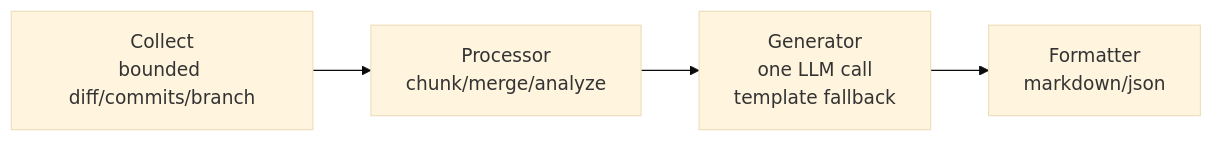
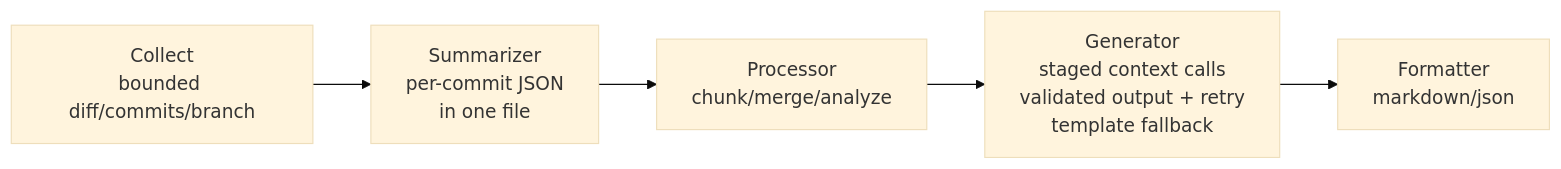
Before and after one commit to nisrulz/prlogue: the diagram in AGENTS.md, drawn with Mermaid (base theme). The commit also changed other lines of this file and 4 other files, not shown here.

Commit message:
docs: update guides for commit summarization and staged context

````diff
--- a/AGENTS.md
+++ b/AGENTS.md
@@ -10,6 +10,7 @@
 ```mermaid
 graph LR
-  A[Collect<br/>bounded diff/commits/branch] --> B[Processor<br/>chunk/merge/analyze]
-  B --> C[Generator<br/>one LLM call<br/>template fallback]
-  C --> D[Formatter<br/>markdown/json]
+  A[Collect<br/>bounded diff/commits/branch] --> B[Summarizer<br/>per-commit JSON<br/>in one file]
+  B --> C[Processor<br/>chunk/merge/analyze]
+  C --> D[Generator<br/>staged context calls<br/>validated output + retry<br/>template fallback]
+  D --> E[Formatter<br/>markdown/json]
 ```
````
